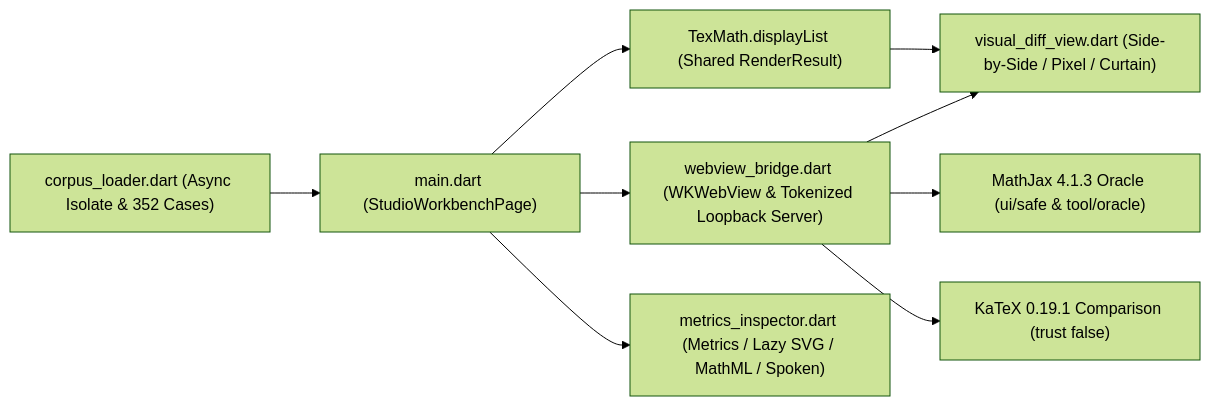
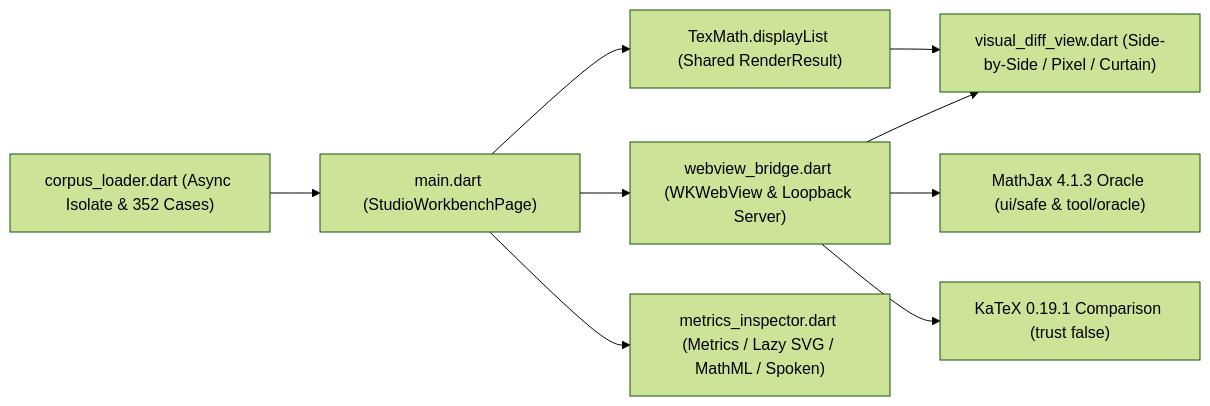
Before and after one commit to tkinnis/tex_math: the diagram in doc/STUDIO_GUIDE.md, drawn with Mermaid (forest theme). The commit also changed other lines of this file and 10 other files, not shown here.

````diff
--- a/doc/STUDIO_GUIDE.md
+++ b/doc/STUDIO_GUIDE.md
@@ -9,11 +62,11 @@
 ```mermaid
 flowchart LR
   Loader["corpus_loader.dart (Async Isolate & 352 Cases)"] --> App["main.dart (StudioWorkbenchPage)"]
   App --> DartPane["TexMath.displayList (Shared RenderResult)"]
-  App --> Bridge["webview_bridge.dart (WKWebView & Tokenized Loopback Server)"]
+  App --> Bridge["webview_bridge.dart (WKWebView & Loopback Server)"]
   Bridge --> MjPane["MathJax 4.1.3 Oracle (ui/safe & tool/oracle)"]
   Bridge --> KxPane["KaTeX 0.19.1 Comparison (trust false)"]
   DartPane --> Diff["visual_diff_view.dart (Side-by-Side / Pixel / Curtain)"]
   Bridge --> Diff
   App --> Inspector["metrics_inspector.dart (Metrics / Lazy SVG / MathML / Spoken)"]
 ```
````
